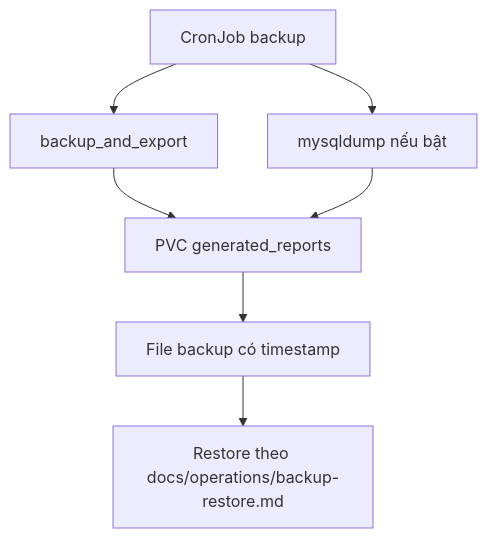
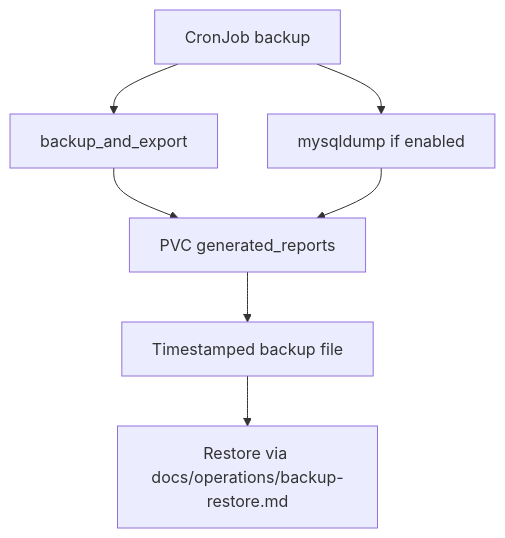
Before and after one commit to thtrangnu/PERSONAL-FINANCE-MANAGEMENT-SYSTEM: the fifth of 5 diagrams in docs/architecture/system-flow.md, drawn with Mermaid. The commit also changed other lines of this file and 9 other files, not shown here.

````diff
--- a/docs/architecture/system-flow.md
+++ b/docs/architecture/system-flow.md
@@ -65,9 +65,9 @@
 ```mermaid
 flowchart TD
     Cron["CronJob backup"] --> Export["backup_and_export"]
-    Cron --> Dump["mysqldump nếu bật"]
+    Cron --> Dump["mysqldump if enabled"]
     Export --> ReportsPVC["PVC generated_reports"]
     Dump --> ReportsPVC
-    ReportsPVC --> BackupFile["File backup có timestamp"]
-    BackupFile --> Restore["Restore theo docs/operations/backup-restore.md"]
+    ReportsPVC --> BackupFile["Timestamped backup file"]
+    BackupFile --> Restore["Restore via docs/operations/backup-restore.md"]
 ```
````
